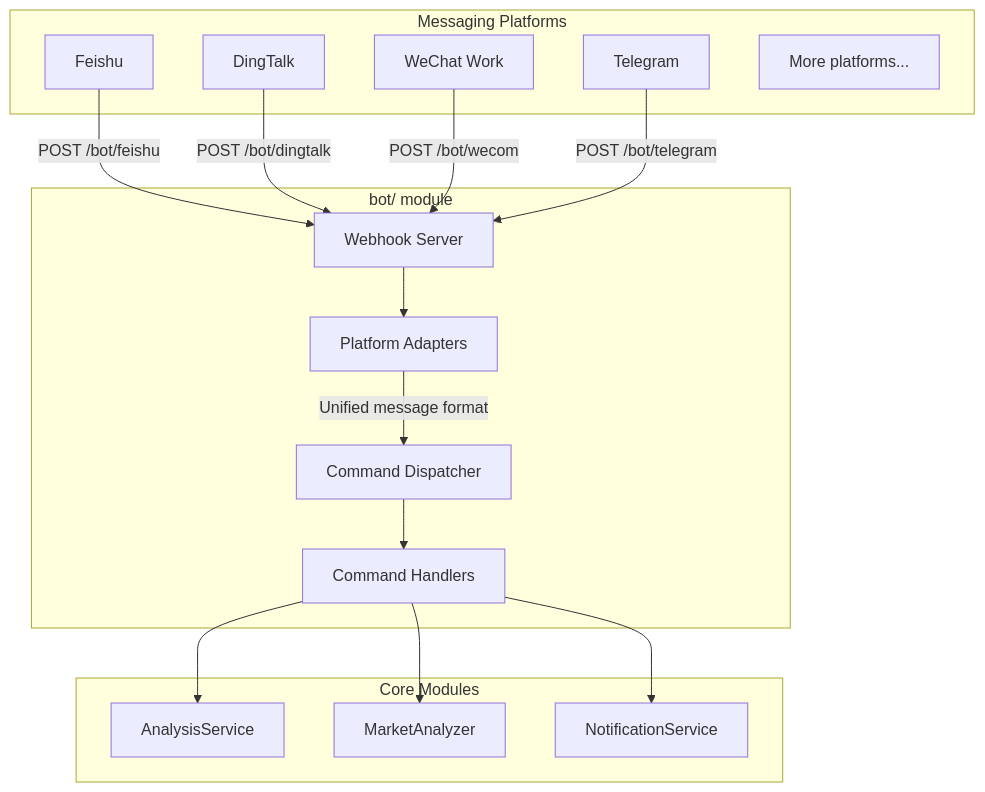
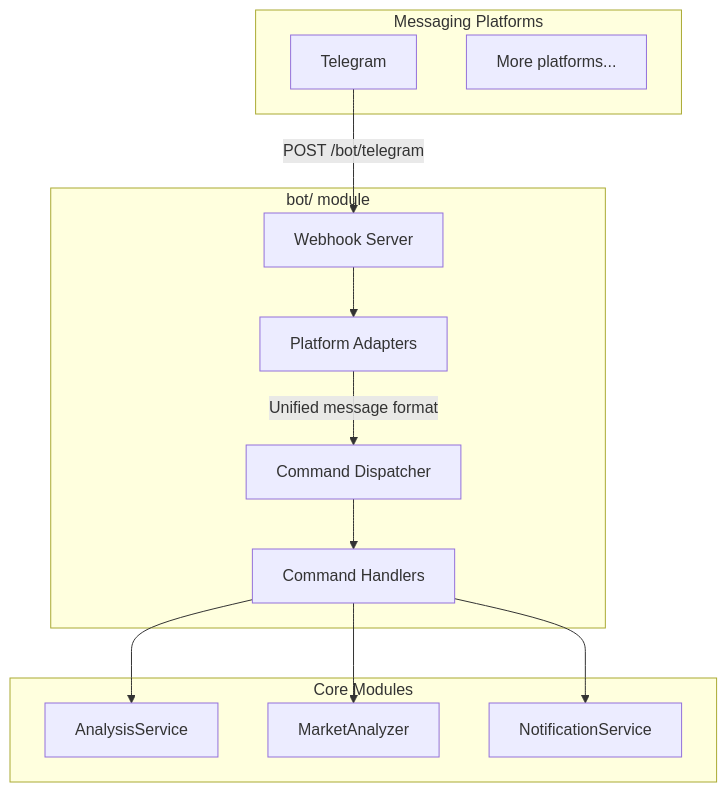
Before and after one commit to sayaara/dsa: the diagram in docs/bot-command.md, drawn with Mermaid. The commit also changed other lines of this file and 99 other files, not shown here.

First line of the commit message:
chore: remove WeCom, Feishu, DingTalk and ServerChan3 notification and bot services

````diff
--- a/docs/bot-command.md
+++ b/docs/bot-command.md
@@ -11,35 +11,29 @@
 ```mermaid
 flowchart TB
     subgraph Platforms [Messaging Platforms]
-        FS[Feishu]
-        DT[DingTalk]
-        WC[WeChat Work]
         TG[Telegram]
         More[More platforms...]
     end
 
     subgraph BotModule [bot/ module]
         WH[Webhook Server]
         Adapters[Platform Adapters]
         Dispatcher[Command Dispatcher]
         Commands[Command Handlers]
     end
 
     subgraph Core [Core Modules]
         AS[AnalysisService]
         MA[MarketAnalyzer]
         NS[NotificationService]
     end
 
-    FS -->|POST /bot/feishu| WH
-    DT -->|POST /bot/dingtalk| WH
-    WC -->|POST /bot/wecom| WH
     TG -->|POST /bot/telegram| WH
 
     WH --> Adapters
     Adapters -->|Unified message format| Dispatcher
     Dispatcher --> Commands
     Commands --> AS
     Commands --> MA
     Commands --> NS
 ```
````
